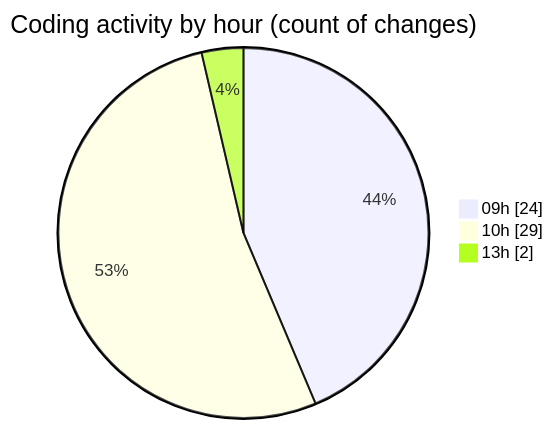
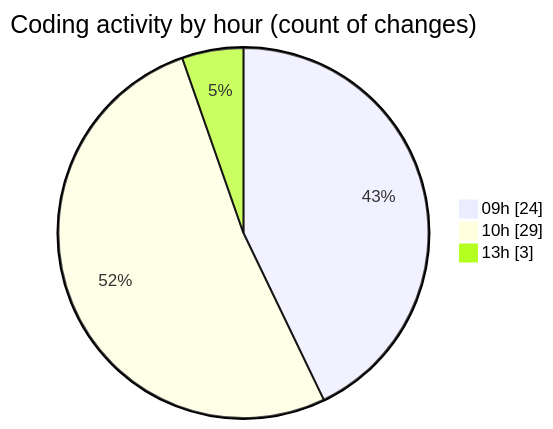
One commit to MatusMokan/code-tracking changed the second of 2 diagrams in 2025-05-08/myws__workspace_/README.md. Above: the diagram before and after it, drawn with Mermaid. The commit also changed other lines of this file and 1 other file, not shown here.

````diff
--- a/2025-05-08/myws__workspace_/README.md
+++ b/2025-05-08/myws__workspace_/README.md
@@ -31,7 +31,7 @@
 ```mermaid
 pie showData
 title Coding activity by hour (count of changes)
 "09h" : 24
 "10h" : 29
-"13h" : 2
+"13h" : 3
 ```
````
